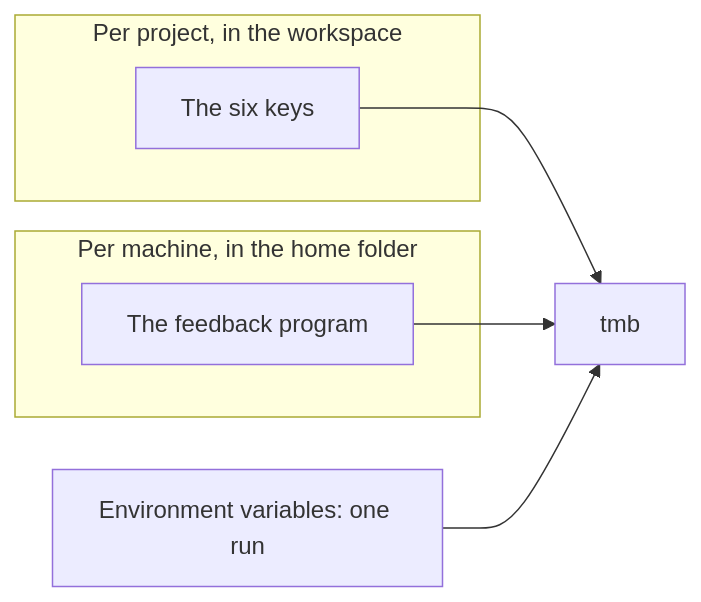
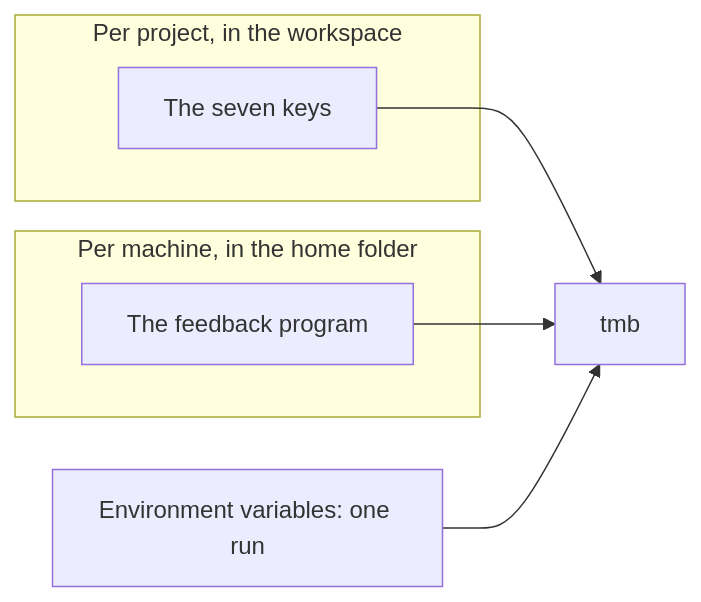
Before and after one commit to trustmybot/tmb: the first of 2 diagrams in docs/architecture/CONFIG.md, drawn with Mermaid. The commit also changed other lines of this file and 37 other files, not shown here.

````diff
--- a/docs/architecture/CONFIG.md
+++ b/docs/architecture/CONFIG.md
@@ -5,13 +5,13 @@
 ```mermaid
 flowchart LR
     subgraph P["Per project, in the workspace"]
-        S["The six keys"]
+        S["The seven keys"]
     end
     subgraph M["Per machine, in the home folder"]
         F["The feedback program"]
     end
     E["Environment variables: one run"]
     S --> T["tmb"]
     F --> T
     E --> T
 ```
````
